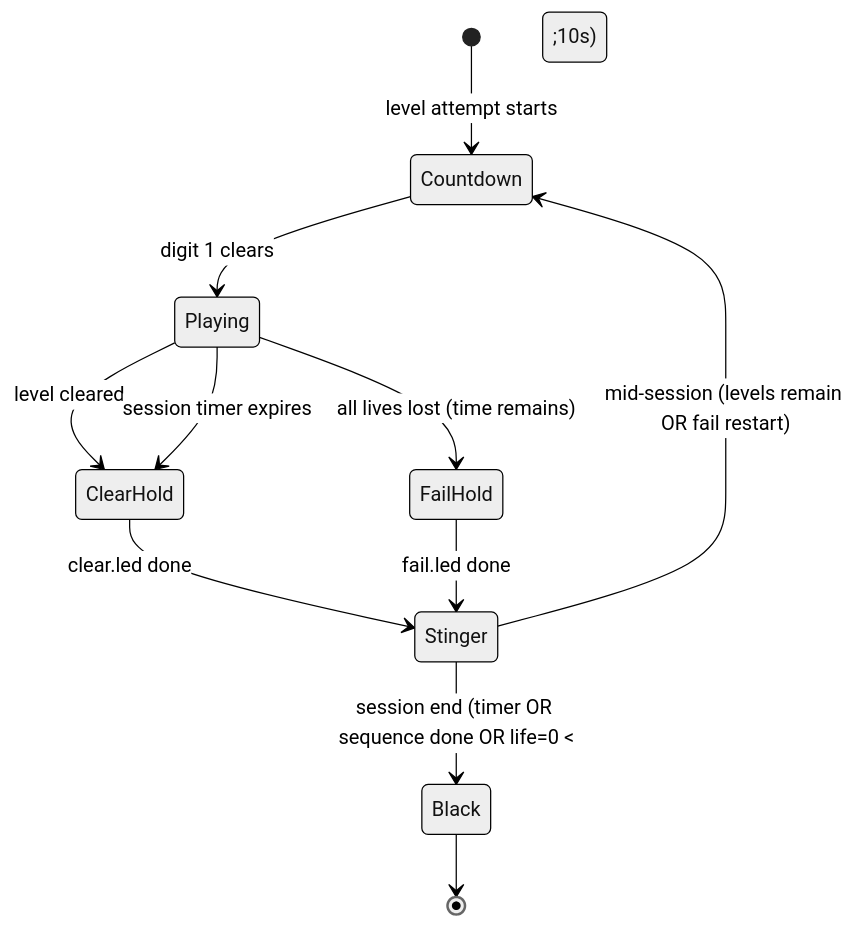
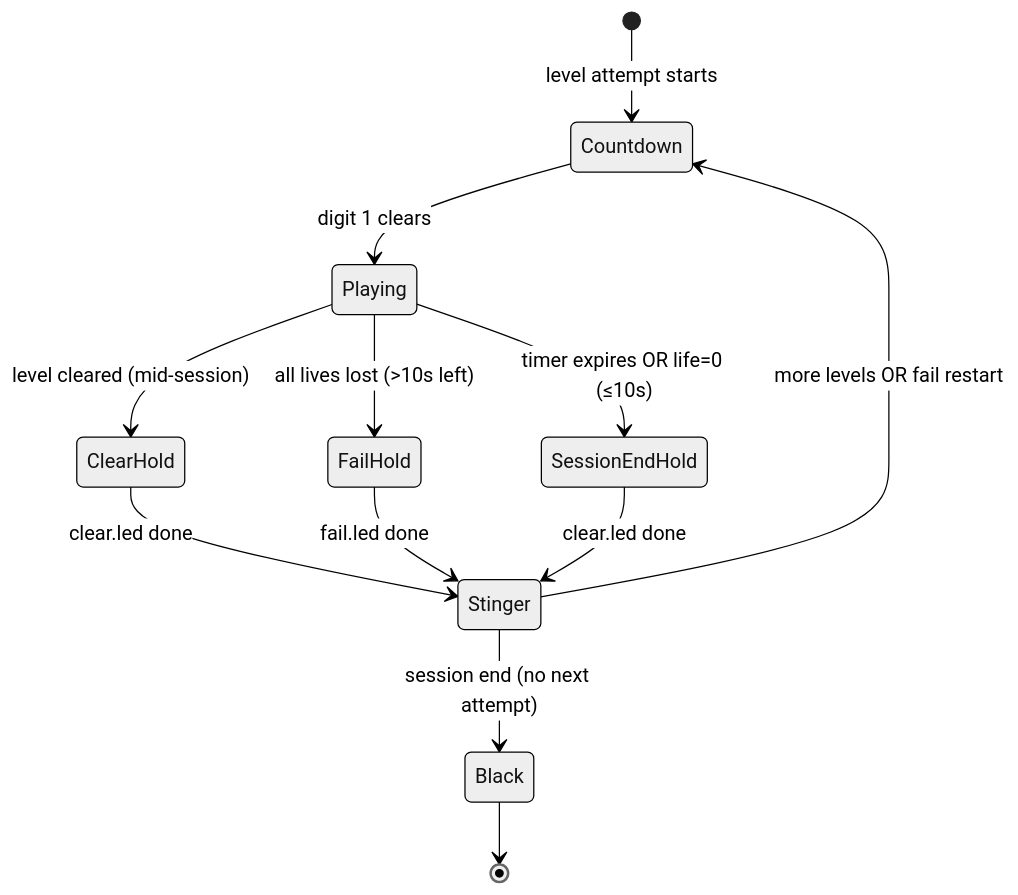
The diagram in docs/EFFECTS_IMPLEMENTATION_PLAN.md (LedVerseGameSimulators/led-grid), drawn with Mermaid (neutral theme) before and after one commit. The commit also changed other lines of this file, not shown here.

````diff
--- a/docs/EFFECTS_IMPLEMENTATION_PLAN.md
+++ b/docs/EFFECTS_IMPLEMENTATION_PLAN.md
@@ -64,13 +109,14 @@
 ```mermaid
 stateDiagram-v2
     [*] --> Countdown: level attempt starts
     Countdown --> Playing: digit 1 clears
-    Playing --> ClearHold: level cleared
-    Playing --> FailHold: all lives lost (time remains)
-    Playing --> ClearHold: session timer expires
+    Playing --> ClearHold: level cleared (mid-session)
+    Playing --> FailHold: all lives lost (>10s left)
+    Playing --> SessionEndHold: timer expires OR life=0 (≤10s)
     ClearHold --> Stinger: clear.led done
     FailHold --> Stinger: fail.led done
-    Stinger --> Countdown: mid-session (levels remain OR fail restart)
-    Stinger --> Black: session end (timer OR sequence done OR life=0 &lt;10s)
+    SessionEndHold --> Stinger: clear.led done
+    Stinger --> Countdown: more levels OR fail restart
+    Stinger --> Black: session end (no next attempt)
     Black --> [*]
 ```
````
